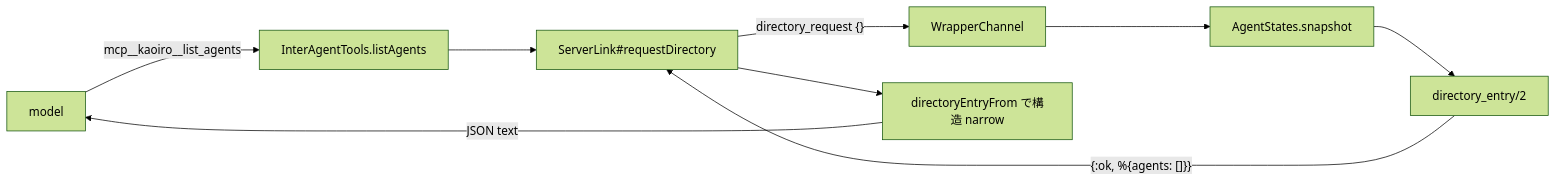
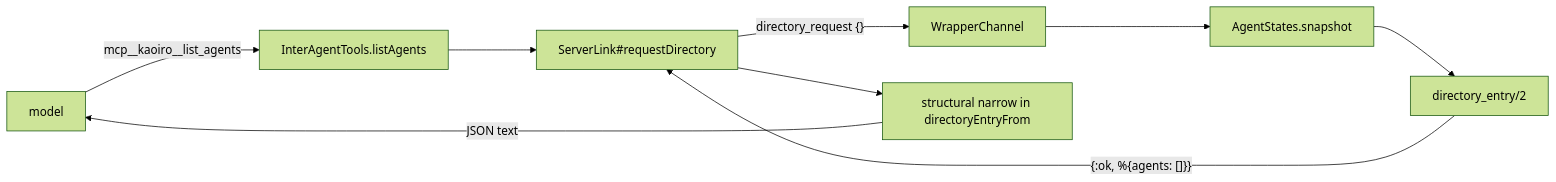
One commit to sakuraiyuta/kaoiro changed the diagram in docs/plans/phase-27-list-agents-metadata.md. Above: the diagram before and after it, drawn with Mermaid (forest theme). The commit also changed other lines of this file and 2 other files, not shown here.

````diff
--- a/docs/plans/phase-27-list-agents-metadata.md
+++ b/docs/plans/phase-27-list-agents-metadata.md
@@ -42,11 +44,11 @@
 ```mermaid
 flowchart LR
   M[model] -->|mcp__kaoiro__list_agents| T[InterAgentTools.listAgents]
   T --> R[ServerLink#requestDirectory]
   R -->|"directory_request {}"| WC[WrapperChannel]
   WC --> AS[AgentStates.snapshot]
   AS --> DE[directory_entry/2]
   DE -->|"{:ok, %{agents: []}}"| R
-  R --> N[directoryEntryFrom で構造 narrow]
+  R --> N[structural narrow in directoryEntryFrom]
   N -->|JSON text| M
 ```
````
